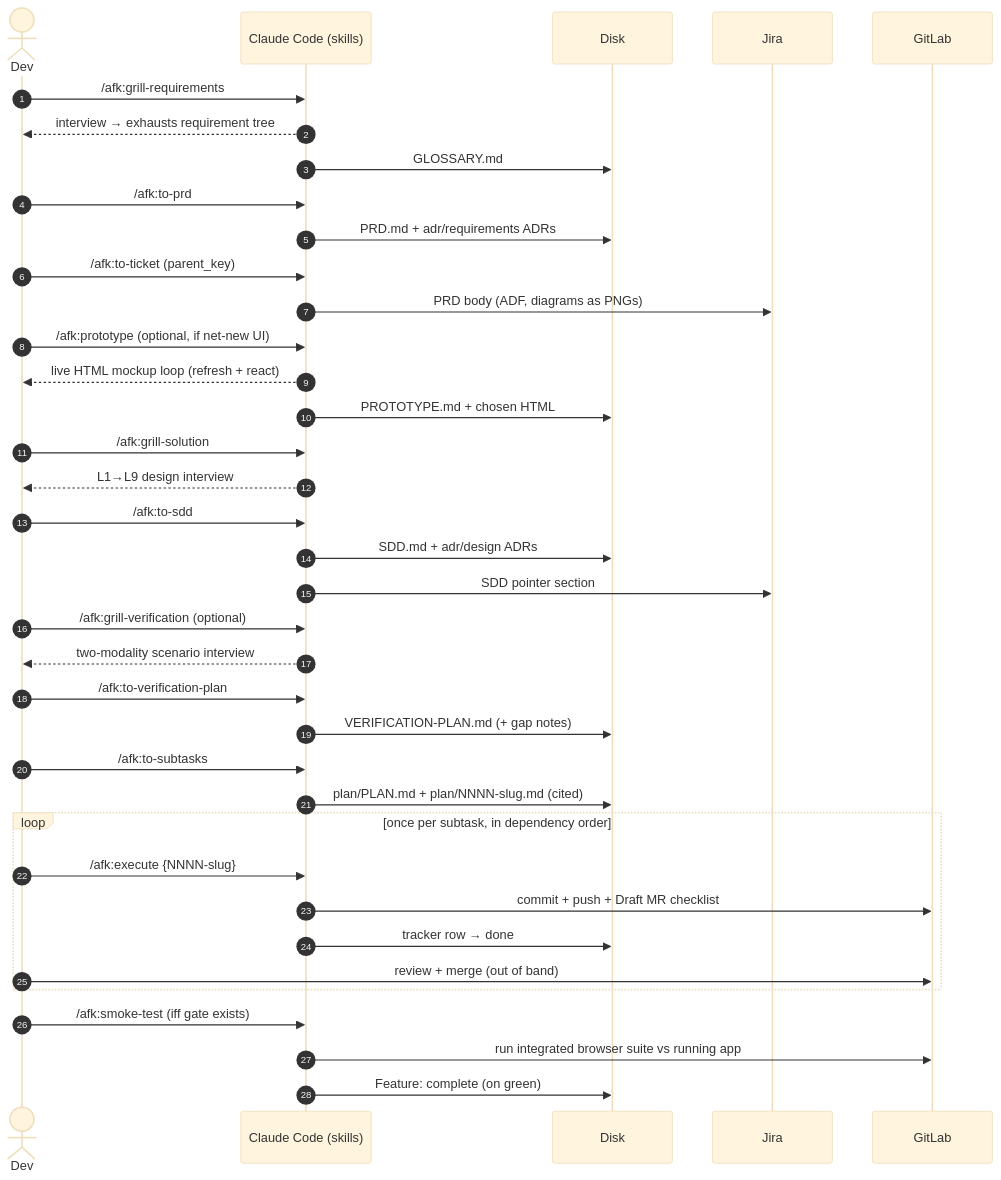
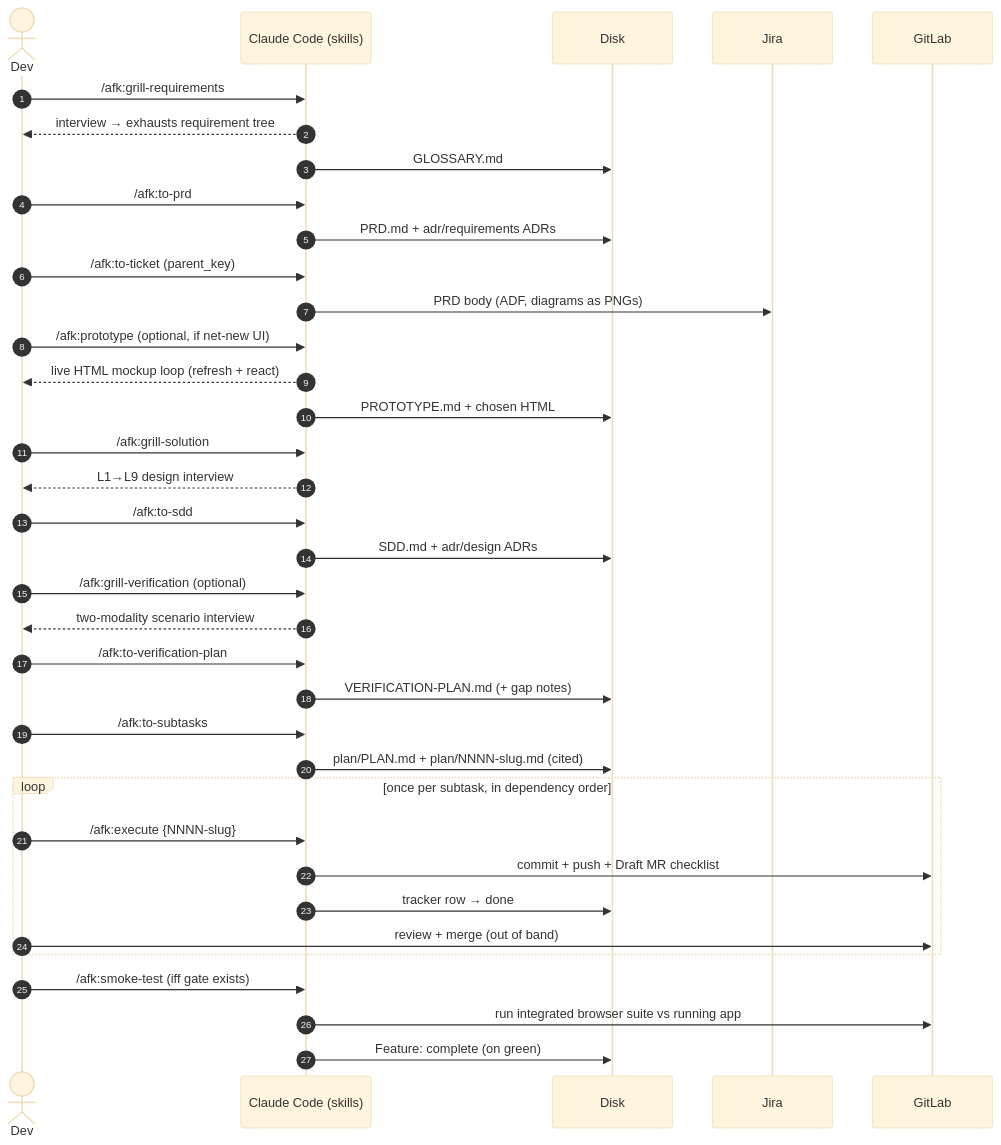
Before and after one commit to midnightblur/afk-driver: the third of 6 diagrams in README.md, drawn with Mermaid (base theme). The commit also changed other lines of this file and 69 other files, not shown here.

````diff
--- a/README.md
+++ b/README.md
@@ -285,40 +278,39 @@
 ```mermaid
 sequenceDiagram
     autonumber
     actor Dev
     participant CC as Claude Code (skills)
     participant Disk as Disk
     participant Jira as Jira
     participant GL as GitLab
 
     Dev->>CC: /afk:grill-requirements
     CC-->>Dev: interview → exhausts requirement tree
     CC->>Disk: GLOSSARY.md
     Dev->>CC: /afk:to-prd
     CC->>Disk: PRD.md + adr/requirements ADRs
     Dev->>CC: /afk:to-ticket (parent_key)
     CC->>Jira: PRD body (ADF, diagrams as PNGs)
     Dev->>CC: /afk:prototype (optional, if net-new UI)
     CC-->>Dev: live HTML mockup loop (refresh + react)
     CC->>Disk: PROTOTYPE.md + chosen HTML
     Dev->>CC: /afk:grill-solution
     CC-->>Dev: L1→L9 design interview
     Dev->>CC: /afk:to-sdd
     CC->>Disk: SDD.md + adr/design ADRs
-    CC->>Jira: SDD pointer section
     Dev->>CC: /afk:grill-verification (optional)
     CC-->>Dev: two-modality scenario interview
     Dev->>CC: /afk:to-verification-plan
     CC->>Disk: VERIFICATION-PLAN.md (+ gap notes)
     Dev->>CC: /afk:to-subtasks
     CC->>Disk: plan/PLAN.md + plan/NNNN-slug.md (cited)
     loop once per subtask, in dependency order
         Dev->>CC: /afk:execute {NNNN-slug}
         CC->>GL: commit + push + Draft MR checklist
         CC->>Disk: tracker row → done
         Dev->>GL: review + merge (out of band)
     end
     Dev->>CC: /afk:smoke-test (iff gate exists)
     CC->>GL: run integrated browser suite vs running app
     CC->>Disk: Feature: complete (on green)
 ```
````
